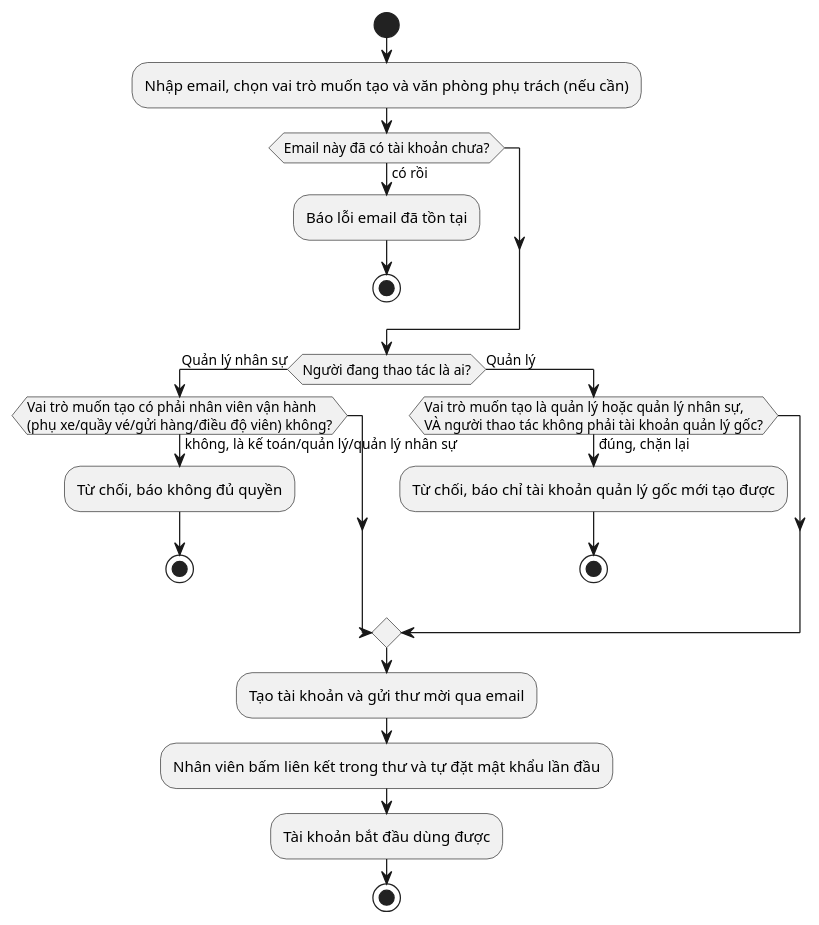
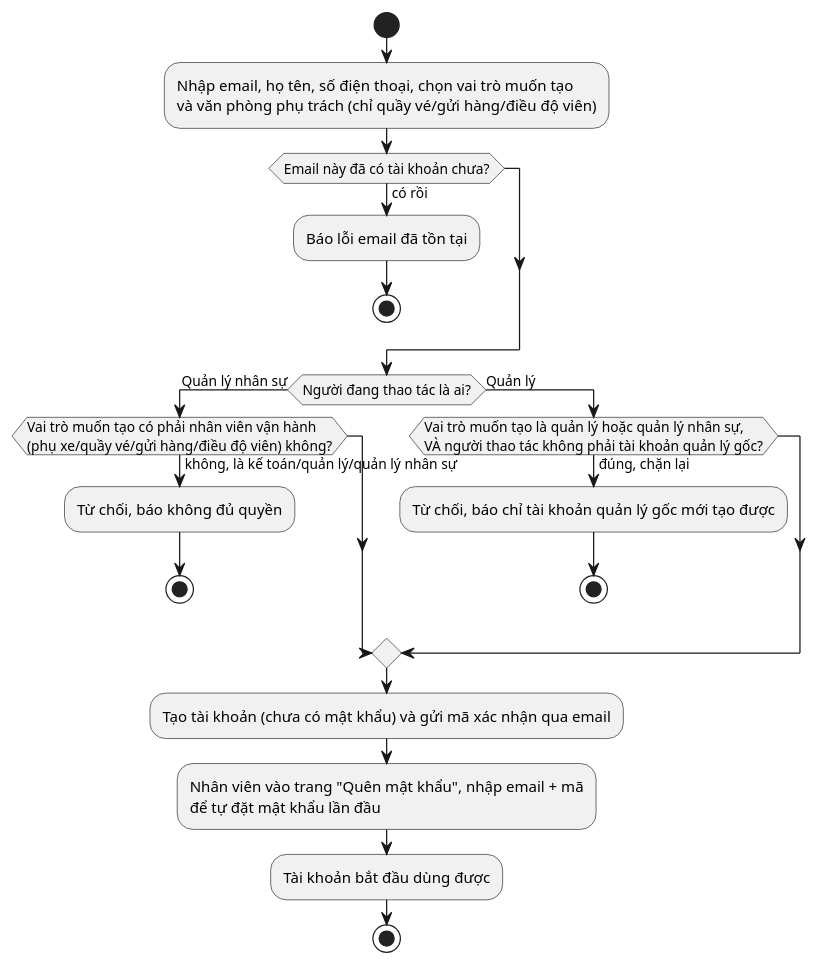
One commit to nguyenvietanhit19/Project1_HeThongQuanLyNhaXeKhachLienTinh changed diagram 45 of 52 in UML_DIAGRAMS.md. Above: the diagram before and after it, drawn with PlantUML. The commit also changed other lines of this file and 18 other files, not shown here.

````diff
--- a/UML_DIAGRAMS.md
+++ b/UML_DIAGRAMS.md
@@ -1248,25 +1248,25 @@
 ```plantuml
 @startuml AD_UC36_TaoTaiKhoanNhanVien
 start
-:Nhập email, chọn vai trò muốn tạo và văn phòng phụ trách (nếu cần);
+:Nhập email, họ tên, số điện thoại, chọn vai trò muốn tạo\nvà văn phòng phụ trách (chỉ quầy vé/gửi hàng/điều độ viên);
 if (Email này đã có tài khoản chưa?) then (có rồi)
   :Báo lỗi email đã tồn tại;
   stop
 endif
 if (Người đang thao tác là ai?) then (Quản lý nhân sự)
   if (Vai trò muốn tạo có phải nhân viên vận hành\n(phụ xe/quầy vé/gửi hàng/điều độ viên) không?) then (không, là kế toán/quản lý/quản lý nhân sự)
     :Từ chối, báo không đủ quyền;
     stop
   endif
 else (Quản lý)
   if (Vai trò muốn tạo là quản lý hoặc quản lý nhân sự,\nVÀ người thao tác không phải tài khoản quản lý gốc?) then (đúng, chặn lại)
     :Từ chối, báo chỉ tài khoản quản lý gốc mới tạo được;
     stop
   endif
 endif
-:Tạo tài khoản và gửi thư mời qua email;
-:Nhân viên bấm liên kết trong thư và tự đặt mật khẩu lần đầu;
+:Tạo tài khoản (chưa có mật khẩu) và gửi mã xác nhận qua email;
+:Nhân viên vào trang "Quên mật khẩu", nhập email + mã\nđể tự đặt mật khẩu lần đầu;
 :Tài khoản bắt đầu dùng được;
 stop
 @enduml
 ```
````
